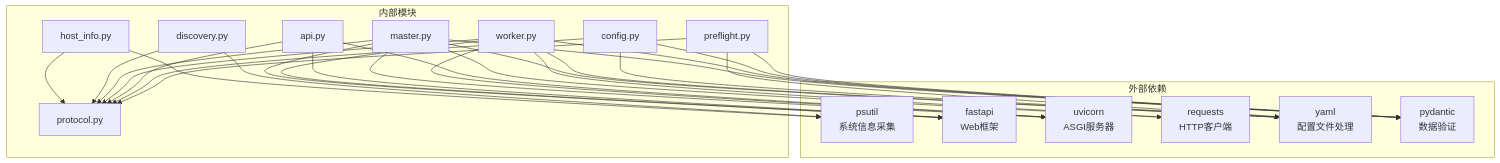
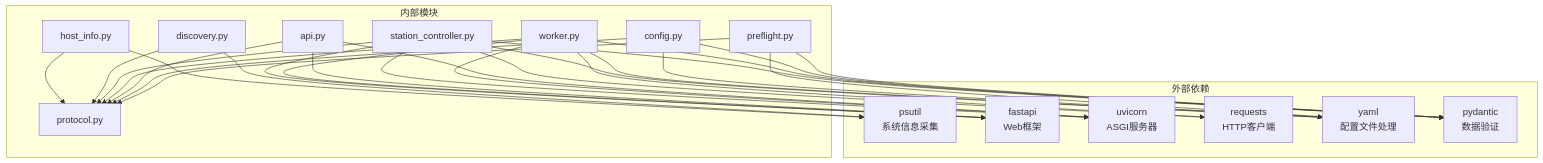
Before and after one commit to targalian/Personal-distributed-workstation: the seventh of 7 diagrams in .qoder/repowiki/zh/content/架构设计/Worker 代理/主机信息采集.md, drawn with Mermaid. The commit also changed other lines of this file and 63 other files, not shown here.

Commit message:
docs(station): 同步 repo wiki 至 station_controller/station_api 架构

````diff
--- a/.qoder/repowiki/zh/content/架构设计/Worker 代理/主机信息采集.md
+++ b/.qoder/repowiki/zh/content/架构设计/Worker 代理/主机信息采集.md
@@ -400,46 +400,46 @@
 ```mermaid
 graph TD
 subgraph "外部依赖"
 A[psutil<br/>系统信息采集]
 B[fastapi<br/>Web框架]
 C[uvicorn<br/>ASGI服务器]
 D[requests<br/>HTTP客户端]
 E[yaml<br/>配置文件处理]
 F[pydantic<br/>数据验证]
 end
 subgraph "内部模块"
 G[host_info.py]
 H[discovery.py]
 I[protocol.py]
-J[master.py]
+J[station_controller.py]
 K[worker.py]
 L[api.py]
 M[config.py]
 N[preflight.py]
 end
 G --> A
 H --> A
 J --> B
 J --> C
 J --> D
 J --> E
 J --> F
 K --> B
 K --> C
 K --> D
 K --> E
 K --> F
 L --> B
 L --> C
 M --> E
 M --> F
 N --> E
 N --> F
 G --> I
 H --> I
 J --> I
 K --> I
 L --> I
 M --> I
 N --> I
 ```
````
